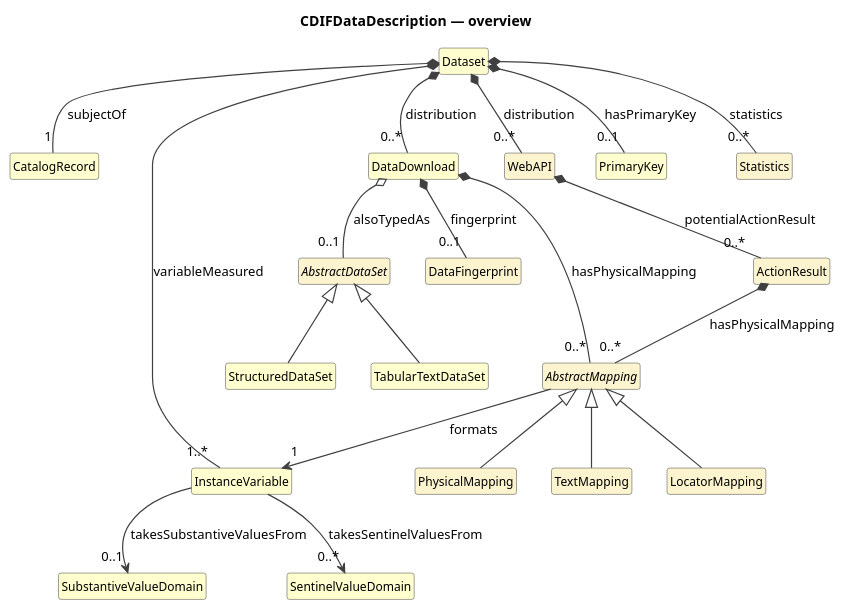
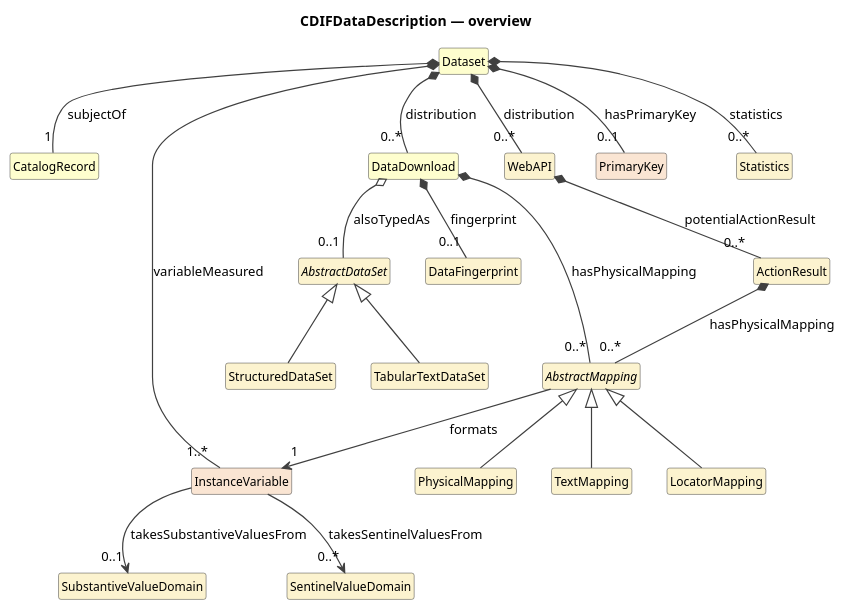
One commit to Cross-Domain-Interoperability-Framework/metadataBuildingBlocks changed the diagram in cdif-uml-model/CDIFDataDescription/index.pu. Above: the diagram before and after it, drawn with PlantUML. The commit also changed 636 other files, not shown here.

First line of the commit message:
cdif-uml-model: regen for cdifDataStructure split (module + composites)

```diff
--- a/cdif-uml-model/CDIFDataDescription/index.pu
+++ b/cdif-uml-model/CDIFDataDescription/index.pu
@@ -1,51 +1,51 @@
 @startuml
 title CDIFDataDescription — overview
 hide circle
 hide empty members
 skinparam shadowing false
 skinparam ArrowThickness 1.2
 skinparam class {
   ArrowColor #404040
   BorderColor #404040
   FontSize 12
 }
 
 class "Dataset" as Dataset #FEFECE
 class "CatalogRecord" as CatalogRecord #FEFECE
 class "DataDownload" as DataDownload #FEFECE
 class "WebAPI" as WebAPI #FCF3CF
 class "ActionResult" as ActionResult #FCF3CF
-class "InstanceVariable" as InstanceVariable #FEFECE
+class "InstanceVariable" as InstanceVariable #FAE5D3
 abstract class "AbstractMapping" as AbstractMapping #FCF3CF
 class "PhysicalMapping" as PhysicalMapping #FCF3CF
 class "TextMapping" as TextMapping #FCF3CF
 class "LocatorMapping" as LocatorMapping #FCF3CF
 abstract class "AbstractDataSet" as AbstractDataSet #FCF3CF
-class "TabularTextDataSet" as TabularTextDataSet #FEFECE
-class "StructuredDataSet" as StructuredDataSet #FEFECE
+class "TabularTextDataSet" as TabularTextDataSet #FCF3CF
+class "StructuredDataSet" as StructuredDataSet #FCF3CF
 class "DataFingerprint" as DataFingerprint #FCF3CF
-class "PrimaryKey" as PrimaryKey #FEFECE
+class "PrimaryKey" as PrimaryKey #FAE5D3
 class "Statistics" as Statistics #FCF3CF
-class "SubstantiveValueDomain" as SubstantiveValueDomain #FEFECE
-class "SentinelValueDomain" as SentinelValueDomain #FEFECE
+class "SubstantiveValueDomain" as SubstantiveValueDomain #FCF3CF
+class "SentinelValueDomain" as SentinelValueDomain #FCF3CF
 AbstractMapping <|-- PhysicalMapping
 AbstractMapping <|-- TextMapping
 AbstractMapping <|-- LocatorMapping
 AbstractDataSet <|-- TabularTextDataSet
 AbstractDataSet <|-- StructuredDataSet
 Dataset *-- "1" CatalogRecord : subjectOf
 Dataset *-- "1..*" InstanceVariable : variableMeasured
 Dataset *-- "0..1" PrimaryKey : hasPrimaryKey
 Dataset *-- "0..*" Statistics : statistics
 Dataset *-- "0..*" DataDownload : distribution
 Dataset *-- "0..*" WebAPI : distribution
 DataDownload *-- "0..*" AbstractMapping : hasPhysicalMapping
 DataDownload o-- "0..1" AbstractDataSet : alsoTypedAs
 DataDownload *-- "0..1" DataFingerprint : fingerprint
 WebAPI *-- "0..*" ActionResult : potentialActionResult
 ActionResult *-- "0..*" AbstractMapping : hasPhysicalMapping
 InstanceVariable --> "0..1" SubstantiveValueDomain : takesSubstantiveValuesFrom
 InstanceVariable --> "0..*" SentinelValueDomain : takesSentinelValuesFrom
 AbstractMapping --> "1" InstanceVariable : formats
 
 @enduml
```
